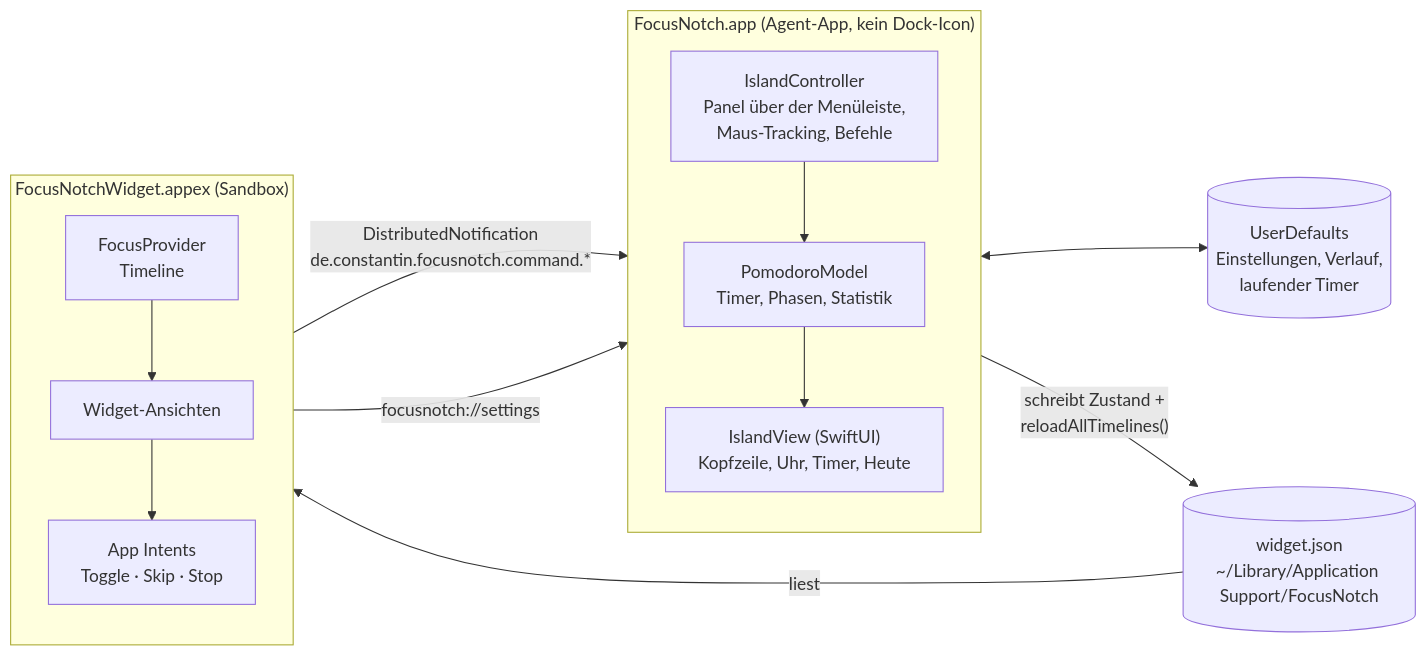
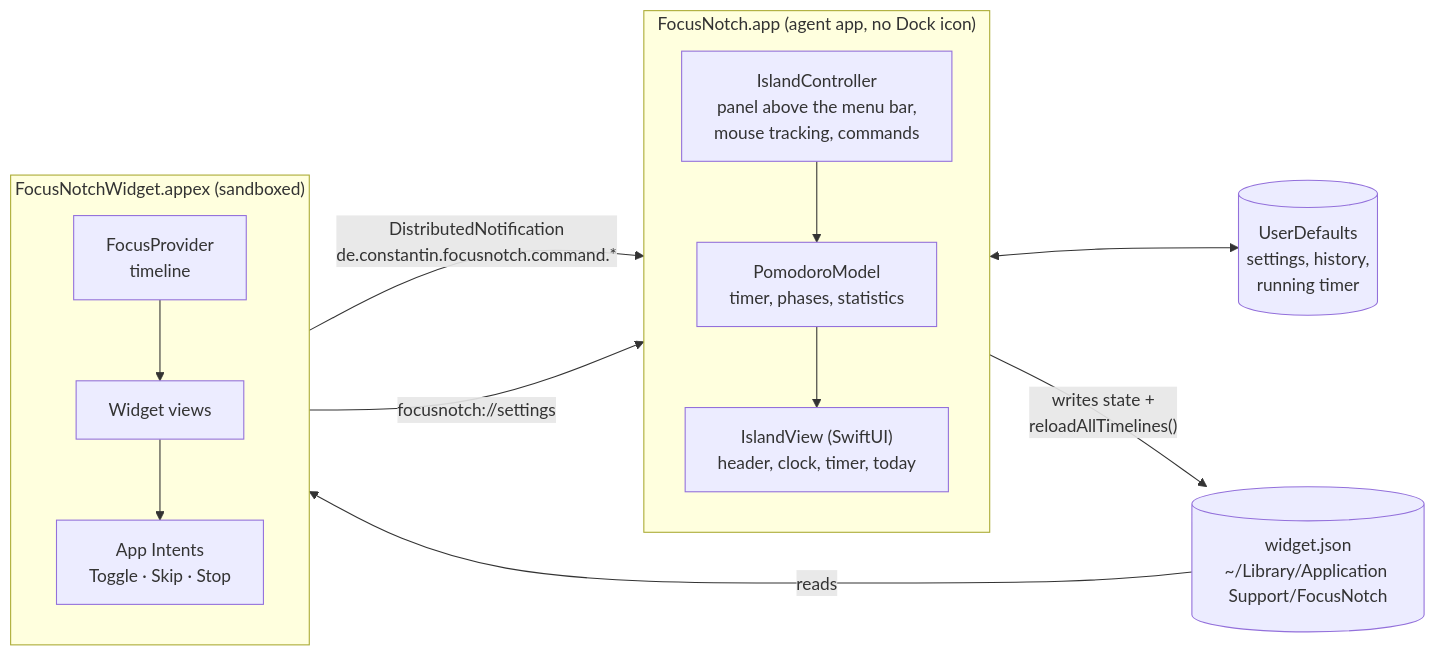
The first of 2 diagrams in README.md (constantin-loesch/FocusNotch), drawn with Mermaid before and after one commit. The commit also changed other lines of this file and 27 other files, not shown here.

````diff
--- a/README.md
+++ b/README.md
@@ -181,29 +181,29 @@
 ```mermaid
 flowchart LR
-    subgraph App["FocusNotch.app (Agent-App, kein Dock-Icon)"]
+    subgraph App["FocusNotch.app (agent app, no Dock icon)"]
         direction TB
-        Controller["IslandController<br/>Panel über der Menüleiste,<br/>Maus-Tracking, Befehle"]
-        Model["PomodoroModel<br/>Timer, Phasen, Statistik"]
-        View["IslandView (SwiftUI)<br/>Kopfzeile, Uhr, Timer, Heute"]
+        Controller["IslandController<br/>panel above the menu bar,<br/>mouse tracking, commands"]
+        Model["PomodoroModel<br/>timer, phases, statistics"]
+        View["IslandView (SwiftUI)<br/>header, clock, timer, today"]
         Controller --> Model
         Model --> View
     end
 
-    subgraph Widget["FocusNotchWidget.appex (Sandbox)"]
+    subgraph Widget["FocusNotchWidget.appex (sandboxed)"]
         direction TB
-        Provider["FocusProvider<br/>Timeline"]
-        WViews["Widget-Ansichten"]
+        Provider["FocusProvider<br/>timeline"]
+        WViews["Widget views"]
         Intents["App Intents<br/>Toggle · Skip · Stop"]
         Provider --> WViews
         WViews --> Intents
     end
 
-    Defaults[("UserDefaults<br/>Einstellungen, Verlauf,<br/>laufender Timer")]
+    Defaults[("UserDefaults<br/>settings, history,<br/>running timer")]
     Snapshot[("widget.json<br/>~/Library/Application Support/FocusNotch")]
 
     Model <--> Defaults
-    Model -- "schreibt Zustand +<br/>reloadAllTimelines()" --> Snapshot
-    Snapshot -- liest --> Provider
+    Model -- "writes state +<br/>reloadAllTimelines()" --> Snapshot
+    Snapshot -- reads --> Provider
     Intents -- "DistributedNotification<br/>de.constantin.focusnotch.command.*" --> Controller
     WViews -- "focusnotch://settings" --> Controller
 ```
````
